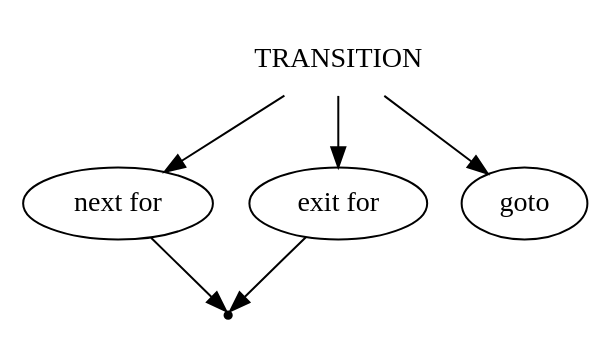
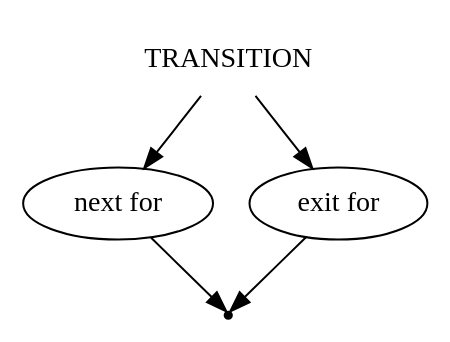
The diagram in src/PSADParser/grammar/transition.gv (IMZolin/PSAD), drawn with Graphviz before and after one commit.

Commit message:
Fixed the transition

```diff
--- a/src/PSADParser/grammar/transition.gv
+++ b/src/PSADParser/grammar/transition.gv
@@ -1,12 +1,11 @@
 digraph TRANSITION {
     start [label=TRANSITION shape=plaintext]
     next_for [label="next for" shape=oval]
     exit_for [label="exit for" shape=oval]
     end [label="" shape=point]
 
     start -> next_for
     start -> exit_for
-    start -> goto
     next_for -> end
     exit_for -> end
 }
```
